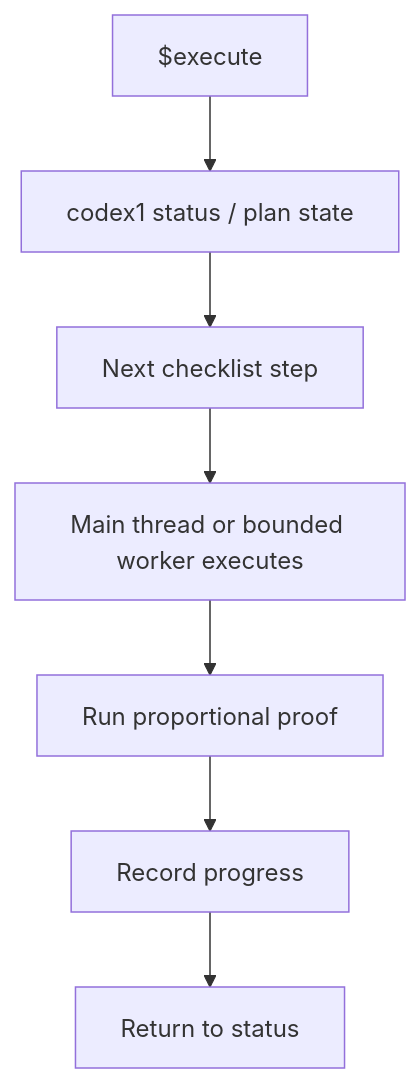
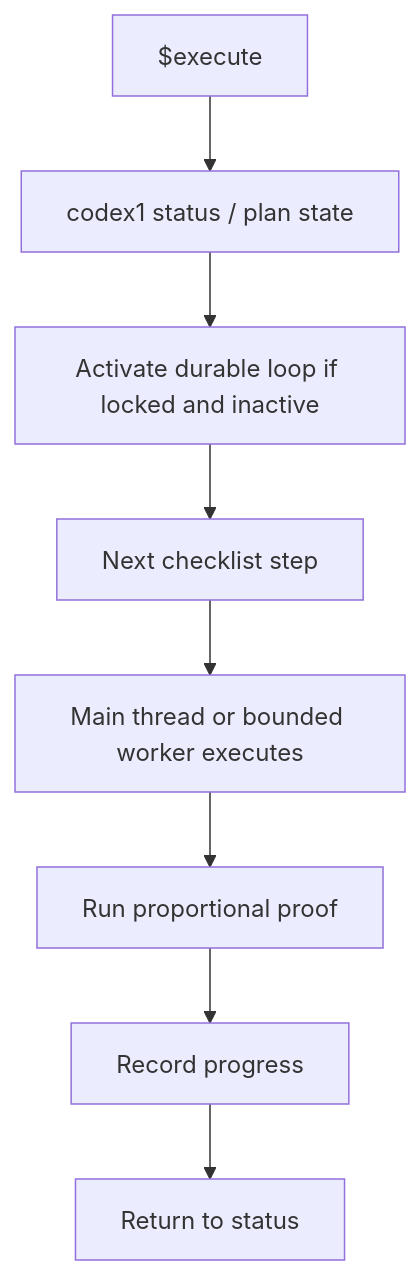
Before and after one commit to JoelEmanuelNilsson/codex1: the third of 7 diagrams in docs/codex1-rebuild-handoff/01-product-flow.md, drawn with Mermaid. The commit also changed other lines of this file and 9 other files, not shown here.

````diff
--- a/docs/codex1-rebuild-handoff/01-product-flow.md
+++ b/docs/codex1-rebuild-handoff/01-product-flow.md
@@ -201,9 +209,10 @@
 ```mermaid
 flowchart TD
     Start["$execute"] --> Status["codex1 status / plan state"]
-    Status --> Step["Next checklist step"]
+    Status --> Activate["Activate durable loop if locked and inactive"]
+    Activate --> Step["Next checklist step"]
     Step --> Work["Main thread or bounded worker executes"]
     Work --> Proof["Run proportional proof"]
     Proof --> Update["Record progress"]
     Update --> Next["Return to status"]
 ```
````
